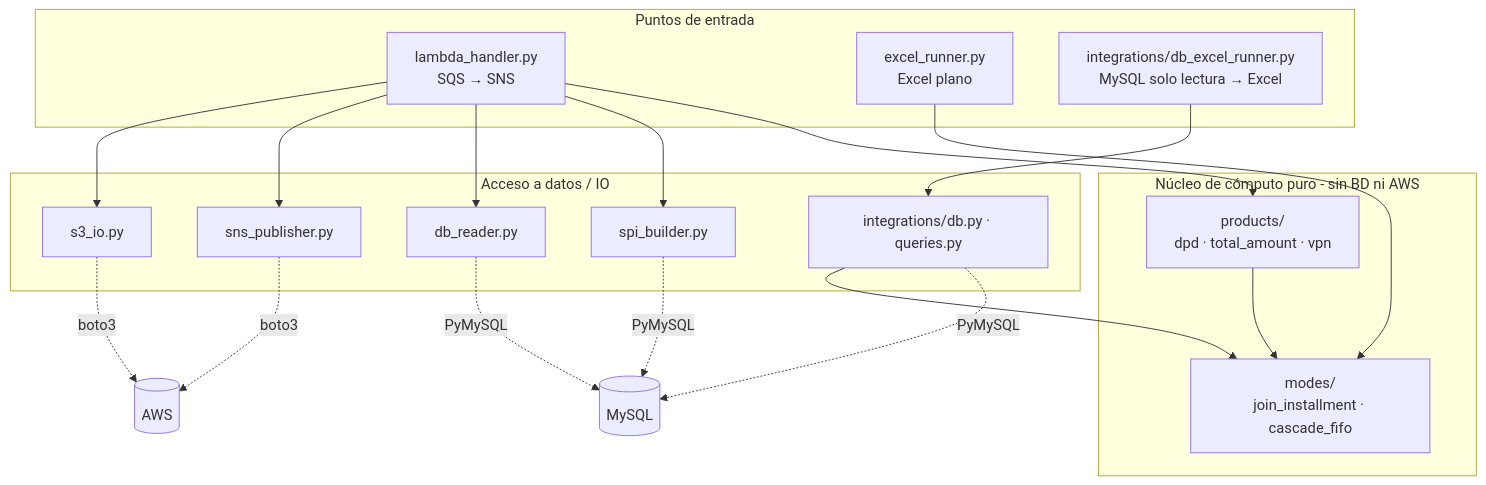
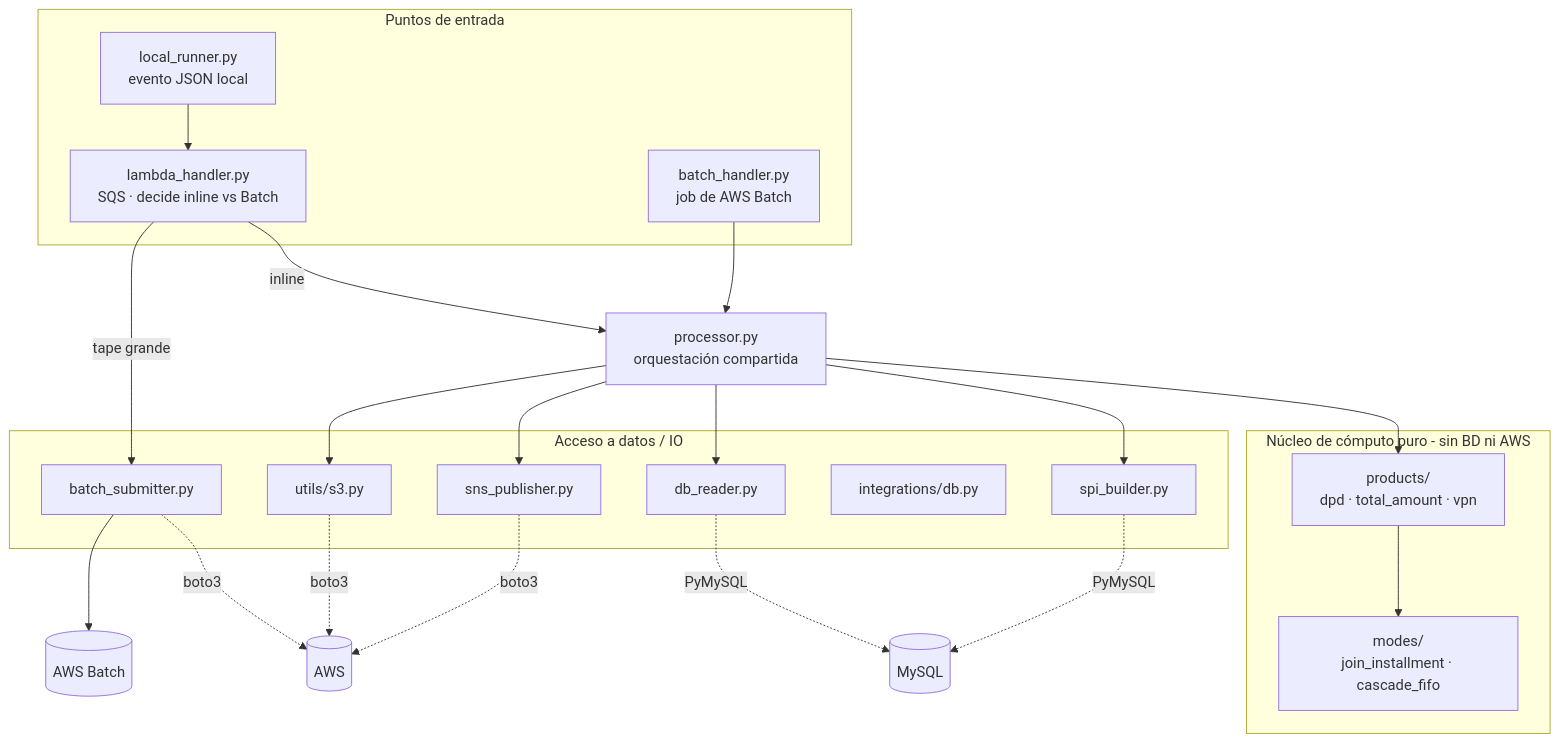
The diagram in docs/architecture/architecture-principles.md (getvaas/days_past_due), drawn with Mermaid before and after one commit. The commit also changed other lines of this file and 28 other files, not shown here.

````diff
--- a/docs/architecture/architecture-principles.md
+++ b/docs/architecture/architecture-principles.md
@@ -10,28 +11,33 @@
 ```mermaid
 flowchart TD
     subgraph entrypoints[Puntos de entrada]
-        L[lambda_handler.py<br/>SQS → SNS]
-        E[excel_runner.py<br/>Excel plano]
-        DB[integrations/db_excel_runner.py<br/>MySQL solo lectura → Excel]
+        L[lambda_handler.py<br/>SQS · decide inline vs Batch]
+        B[batch_handler.py<br/>job de AWS Batch]
+        LR[local_runner.py<br/>evento JSON local]
     end
+
+    PR[processor.py<br/>orquestación compartida]
 
     subgraph core[Núcleo de cómputo puro - sin BD ni AWS]
         M[modes/<br/>join_installment · cascade_fifo]
         P[products/<br/>dpd · total_amount · vpn]
     end
 
     subgraph io[Acceso a datos / IO]
-        S3[s3_io.py]
+        S3[utils/s3.py]
         SNS[sns_publisher.py]
         DBR[db_reader.py]
         SPI[spi_builder.py]
-        INT[integrations/db.py · queries.py]
+        INT[integrations/db.py]
+        BS[batch_submitter.py]
     end
 
-    L --> S3 & SNS & DBR & SPI & P
-    E --> M
-    DB --> INT --> M
+    L -->|tape grande| BS --> Batch[(AWS Batch)]
+    L -->|inline| PR
+    B --> PR
+    LR --> L
+    PR --> S3 & SNS & DBR & SPI & P
     P --> M
-    DBR & SPI & INT -.PyMySQL.-> MySQL[(MySQL)]
-    S3 & SNS -.boto3.-> AWS[(AWS)]
+    DBR & SPI -.PyMySQL.-> MySQL[(MySQL)]
+    S3 & SNS & BS -.boto3.-> AWS[(AWS)]
 ```
````
